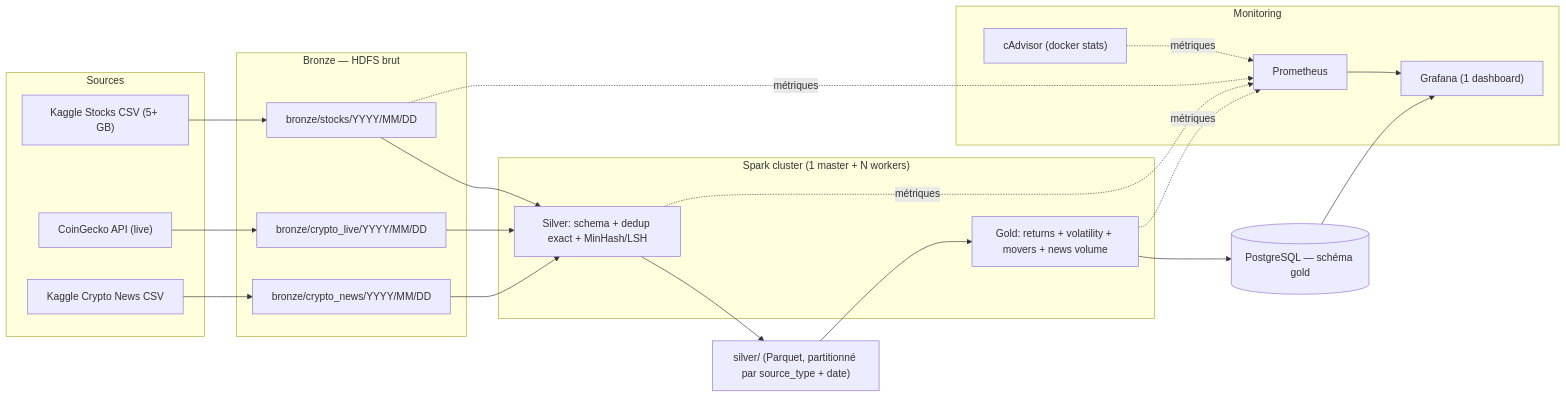
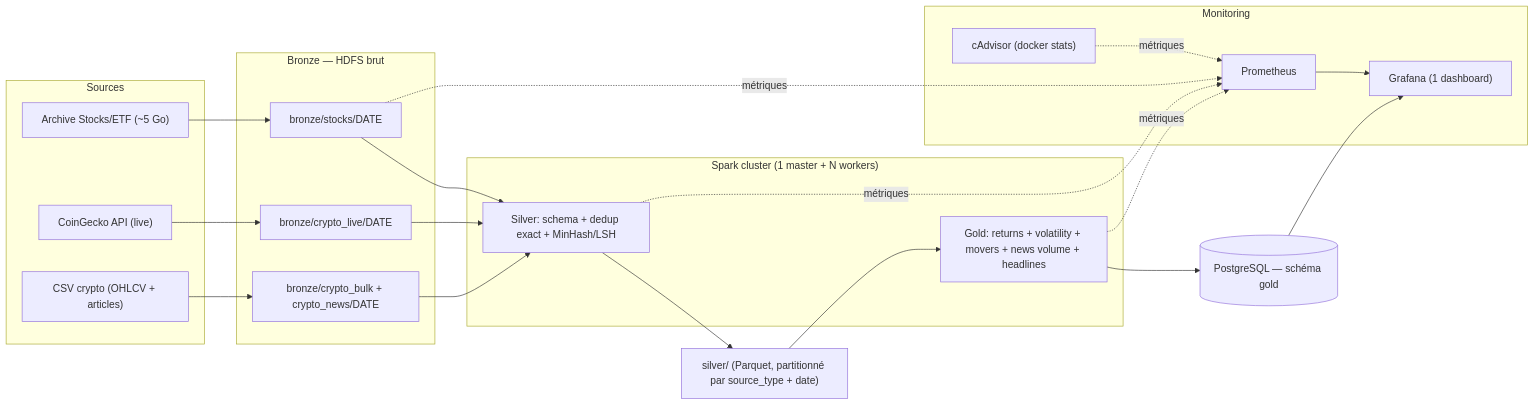
Before and after one commit to youcisla/BigDataProject: the diagram in README.md, drawn with Mermaid. The commit also changed other lines of this file and 15 other files, not shown here.

````diff
--- a/README.md
+++ b/README.md
@@ -19,44 +19,44 @@
 ```mermaid
 flowchart LR
     subgraph Sources["Sources"]
-        A["Kaggle Stocks CSV (5+ GB)"]
+        A["Archive Stocks/ETF (~5 Go)"]
         B["CoinGecko API (live)"]
-        C["Kaggle Crypto News CSV"]
+        C["CSV crypto (OHLCV + articles)"]
     end
 
     subgraph Bronze["Bronze — HDFS brut"]
-        BA["bronze/stocks/YYYY/MM/DD"]
-        BB["bronze/crypto_live/YYYY/MM/DD"]
-        BC["bronze/crypto_news/YYYY/MM/DD"]
+        BA["bronze/stocks/DATE"]
+        BB["bronze/crypto_live/DATE"]
+        BC["bronze/crypto_bulk + crypto_news/DATE"]
     end
 
     subgraph Spark["Spark cluster (1 master + N workers)"]
         S1["Silver: schema + dedup exact + MinHash/LSH"]
-        S2["Gold: returns + volatility + movers + news volume"]
+        S2["Gold: returns + volatility + movers + news volume + headlines"]
     end
 
     SV["silver/ (Parquet, partitionné par source_type + date)"]
     PG[("PostgreSQL — schéma gold")]
 
     subgraph Mon["Monitoring"]
         Prom["Prometheus"]
         Graf["Grafana (1 dashboard)"]
         CA["cAdvisor (docker stats)"]
     end
 
     A --> BA
     B --> BB
     C --> BC
     BA --> S1
     BB --> S1
     BC --> S1
     S1 --> SV
     SV --> S2
     S2 --> PG
     PG --> Graf
     BA -.métriques.-> Prom
     S1 -.métriques.-> Prom
     S2 -.métriques.-> Prom
     CA -.métriques.-> Prom
     Prom --> Graf
 ```
````
